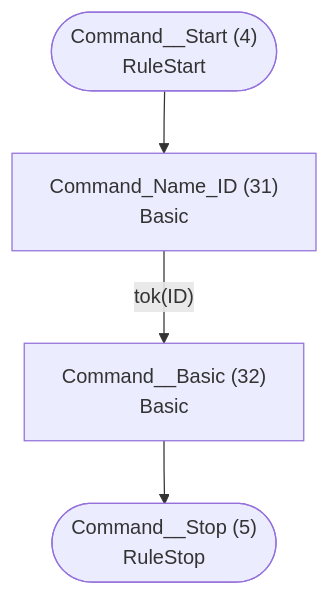
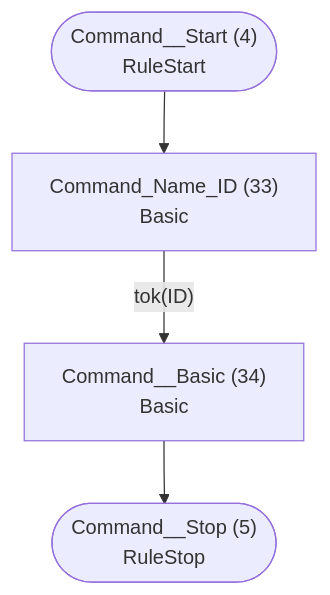
One commit to TypeFox/fastbelt changed the third of 5 diagrams in examples/statemachine/atn.md. Above: the diagram before and after it, drawn with Mermaid. The commit also changed other lines of this file and 53 other files, not shown here.

````diff
--- a/examples/statemachine/atn.md
+++ b/examples/statemachine/atn.md
@@ -72,11 +76,11 @@
 ```mermaid
 flowchart TD
     q4(["Command__Start (4)<br/>RuleStart"])
     q5(["Command__Stop (5)<br/>RuleStop"])
-    q31["Command_Name_ID (31)<br/>Basic<br/>"]
-    q32["Command__Basic (32)<br/>Basic<br/>"]
+    q33["Command_Name_ID (33)<br/>Basic<br/>"]
+    q34["Command__Basic (34)<br/>Basic<br/>"]
 
-    q4 --> q31
-    q31 -->|"tok(ID)"| q32
-    q32 --> q5
+    q4 --> q33
+    q33 -->|"tok(ID)"| q34
+    q34 --> q5
 ```
````
